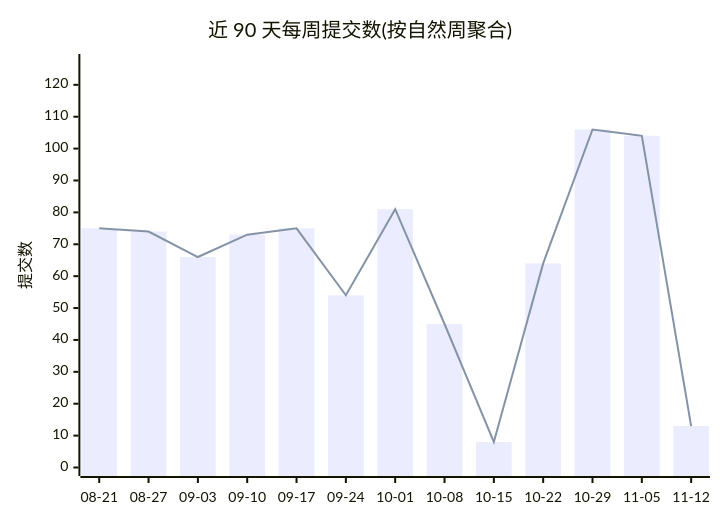
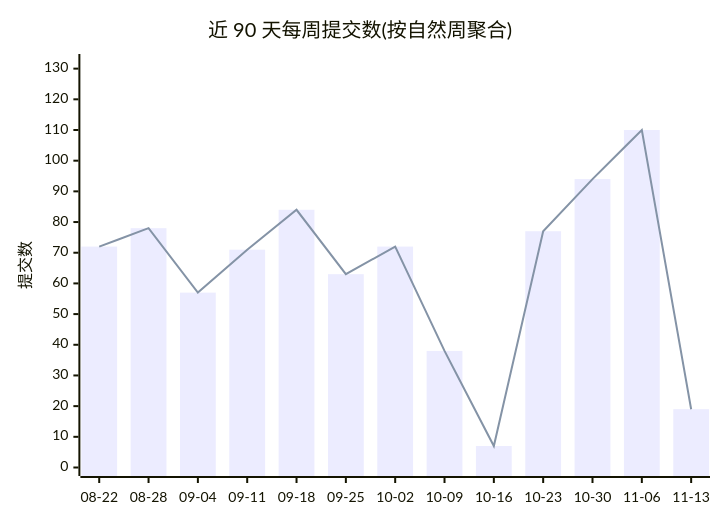
One commit to Conflux-Union/.github changed the first of 2 diagrams in profile/README.md. Above: the diagram before and after it, drawn with Mermaid. The commit also changed other lines of this file and 1 other file, not shown here.

````diff
--- a/profile/README.md
+++ b/profile/README.md
@@ -47,8 +47,8 @@
 ```mermaid
 xychart-beta
     title "近 90 天每周提交数(按自然周聚合)"
-    x-axis ["08-21", "08-27", "09-03", "09-10", "09-17", "09-24", "10-01", "10-08", "10-15", "10-22", "10-29", "11-05", "11-12"]
-    y-axis "提交数" 0 --> 127
-    bar [75, 74, 66, 73, 75, 54, 81, 45, 8, 64, 106, 104, 13]
-    line [75, 74, 66, 73, 75, 54, 81, 45, 8, 64, 106, 104, 13]
+    x-axis ["08-22", "08-28", "09-04", "09-11", "09-18", "09-25", "10-02", "10-09", "10-16", "10-23", "10-30", "11-06", "11-13"]
+    y-axis "提交数" 0 --> 132
+    bar [72, 78, 57, 71, 84, 63, 72, 38, 7, 77, 94, 110, 19]
+    line [72, 78, 57, 71, 84, 63, 72, 38, 7, 77, 94, 110, 19]
 ```
````
